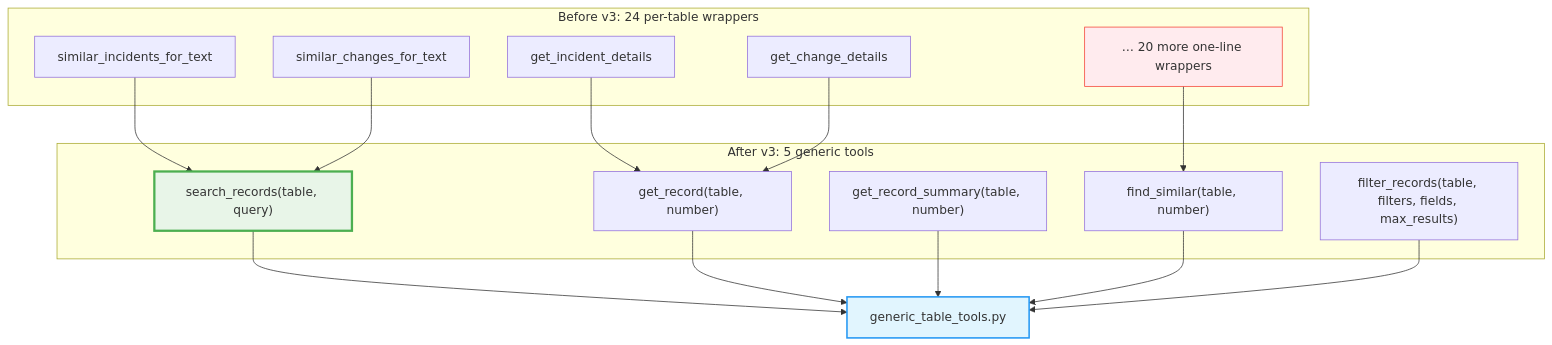
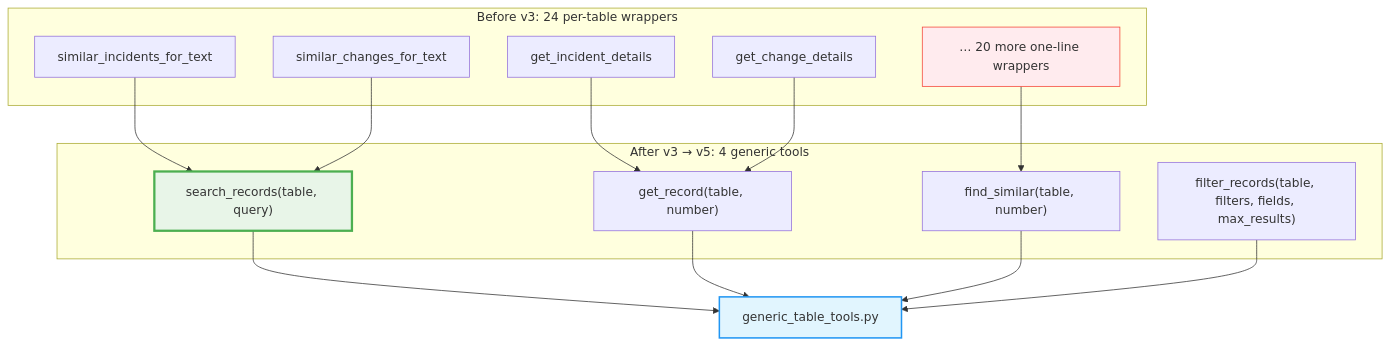
Before and after one commit to Papamzor/personal-mcp-servicenow: the first of 3 diagrams in Diagrams & Documentation/03-tool-organization.md, drawn with Mermaid. The commit also changed other lines of this file, not shown here.

````diff
--- a/Diagrams & Documentation/03-tool-organization.md
+++ b/Diagrams & Documentation/03-tool-organization.md
@@ -7,34 +7,32 @@
 ```mermaid
 graph TB
     subgraph "Before v3: 24 per-table wrappers"
         OLD1[similar_incidents_for_text]
         OLD2[similar_changes_for_text]
         OLD3[get_incident_details]
         OLD4[get_change_details]
         OLD5["… 20 more one-line wrappers"]
     end
 
-    subgraph "After v3: 5 generic tools"
+    subgraph "After v3 → v5: 4 generic tools"
         NEW1["search_records(table, query)"]
         NEW2["get_record(table, number)"]
-        NEW3["get_record_summary(table, number)"]
         NEW4["find_similar(table, number)"]
         NEW5["filter_records(table, filters, fields, max_results)"]
     end
 
     OLD1 --> NEW1
     OLD2 --> NEW1
     OLD3 --> NEW2
     OLD4 --> NEW2
     OLD5 --> NEW4
 
     NEW1 --> GTT[generic_table_tools.py]
     NEW2 --> GTT
-    NEW3 --> GTT
     NEW4 --> GTT
     NEW5 --> GTT
 
     style NEW1 fill:#e8f5e8,stroke:#4caf50,stroke-width:3px
     style GTT fill:#e1f5fe,stroke:#2196f3,stroke-width:2px
     style OLD5 fill:#ffebee,stroke:#f44336,stroke-width:1px
 ```
````
